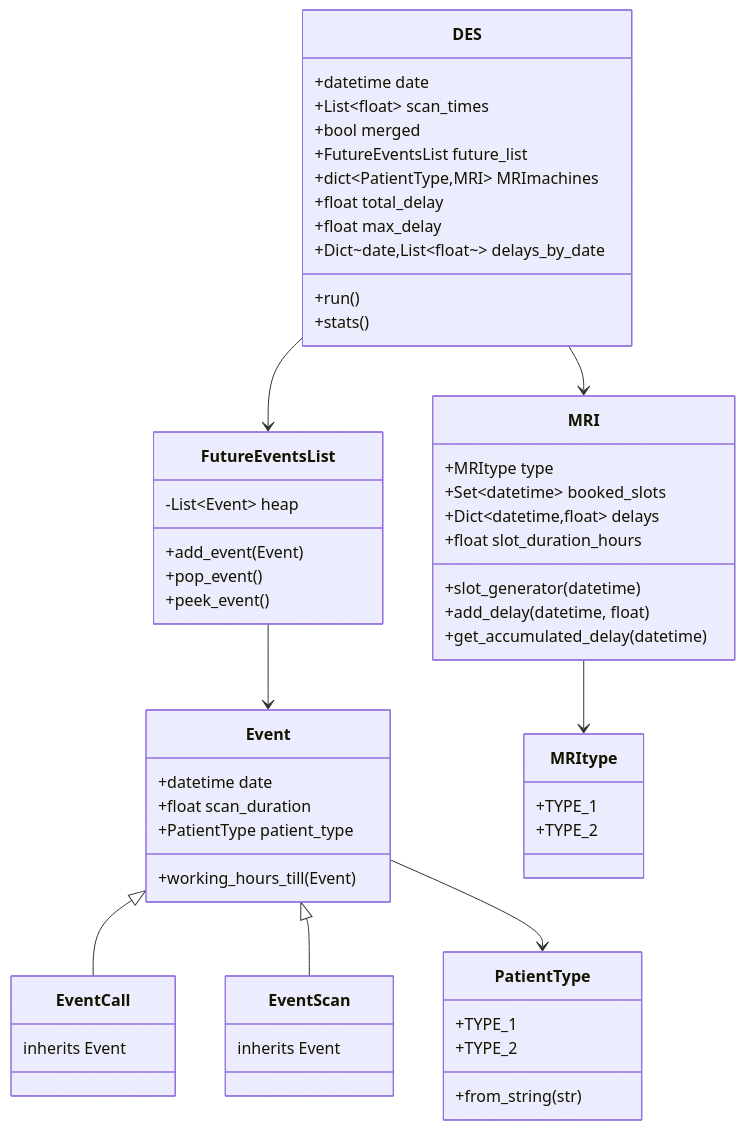
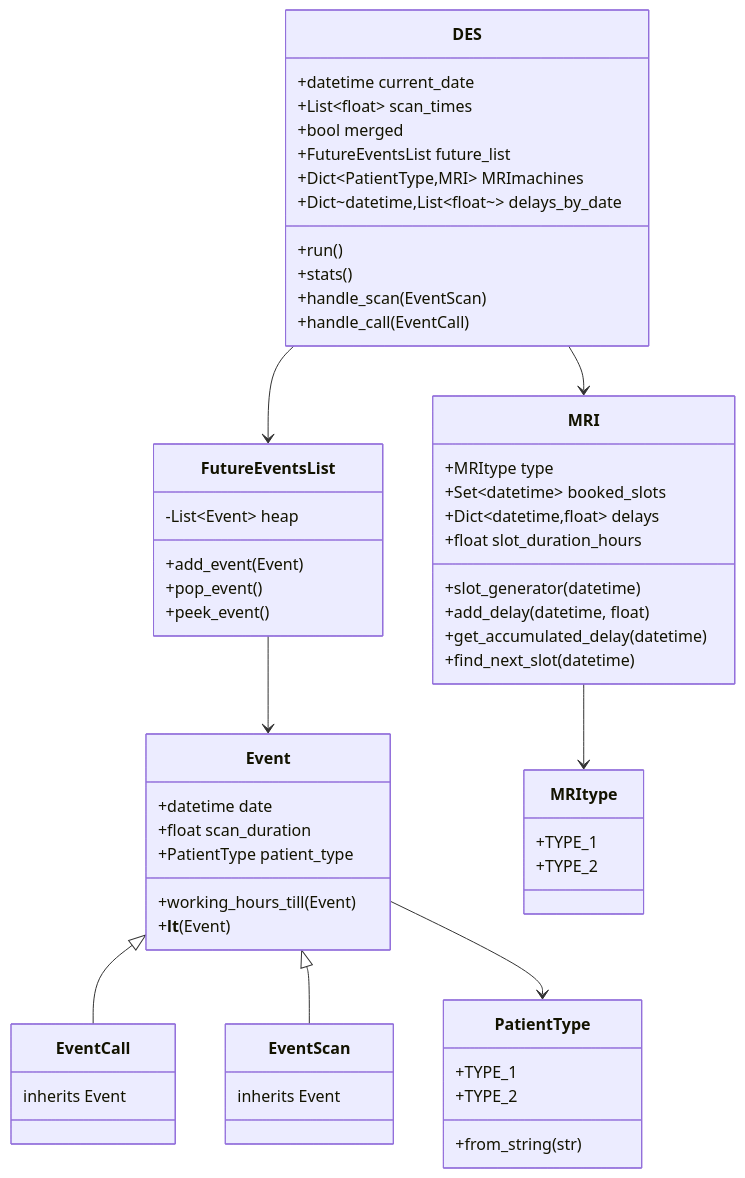
The diagram in README.md (QuinnCuijpers/Computational-Assignment), drawn with Mermaid before and after one commit.

Commit message:
update readme.md to include delay statistics

````diff
--- a/README.md
+++ b/README.md
@@ -10,58 +10,60 @@
 ```mermaid
 classDiagram
 class Event {
 +datetime date
 +float scan_duration
 +PatientType patient_type
 +working_hours_till(Event)
++__lt__(Event)
 }
 class EventCall {
 inherits Event
 }
 class EventScan {
 inherits Event
 }
 class PatientType {
 +TYPE_1
 +TYPE_2
 +from_string(str)
 }
 class MRItype {
 +TYPE_1
 +TYPE_2
 }
 class MRI {
 +MRItype type
 +Set~datetime~ booked_slots
 +Dict~datetime,float~ delays
 +float slot_duration_hours
 +slot_generator(datetime)
 +add_delay(datetime, float)
 +get_accumulated_delay(datetime)
++find_next_slot(datetime)
 }
 class FutureEventsList {
 -List~Event~ heap
 +add_event(Event)
 +pop_event()
 +peek_event()
 }
 class DES {
-+datetime date
++datetime current_date
 +List~float~ scan_times
 +bool merged
 +FutureEventsList future_list
-+dict~PatientType,MRI~ MRImachines
-+float total_delay
-+float max_delay
-+Dict~date,List~float~~ delays_by_date
++Dict~PatientType,MRI~ MRImachines
++Dict~datetime,List~float~~ delays_by_date
 +run()
 +stats()
++handle_scan(EventScan)
++handle_call(EventCall)
 }
 Event <|-- EventCall
 Event <|-- EventScan
 Event --> PatientType
 MRI --> MRItype
 DES --> FutureEventsList
 DES --> MRI
 FutureEventsList --> Event
 ```
````
